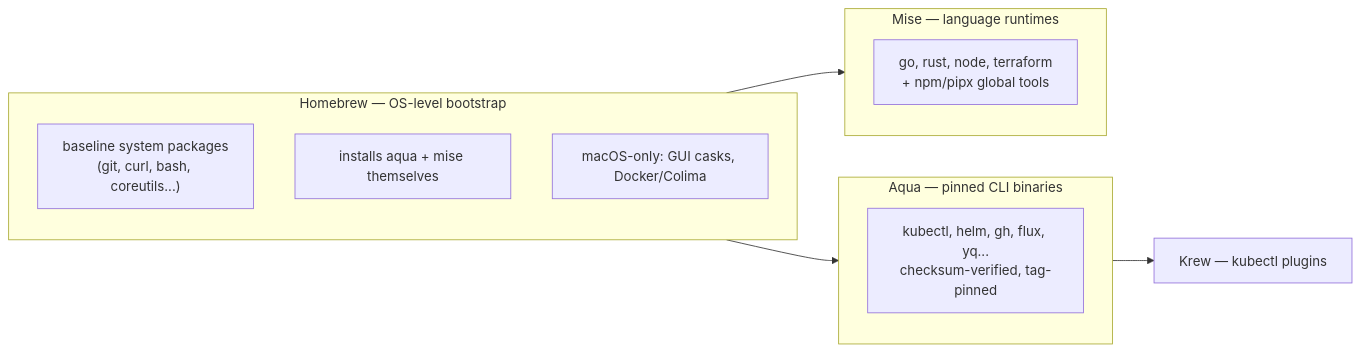
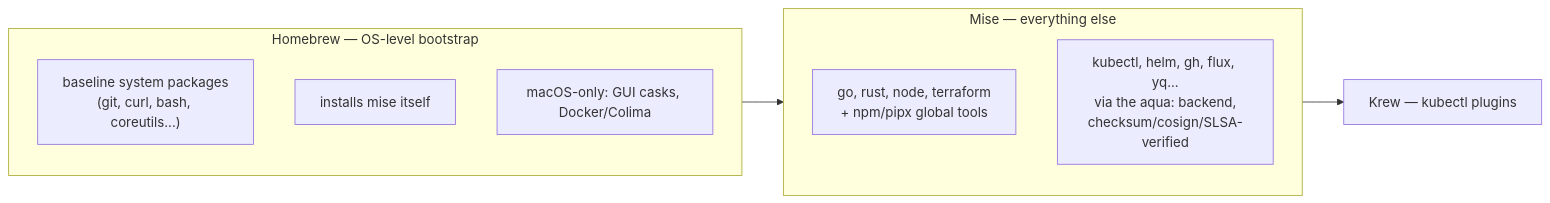
One commit to ppat/dotfiles changed the second of 3 diagrams in DESIGN.md. Above: the diagram before and after it, drawn with Mermaid. The commit also changed other lines of this file and 35 other files, not shown here.

First line of the commit message:
feat(dev-tools): retire aqua, consolidate CLI tool management into mise (#728)

````diff
--- a/DESIGN.md
+++ b/DESIGN.md
@@ -38,17 +38,14 @@
 ```mermaid
 flowchart LR
     subgraph Homebrew["Homebrew — OS-level bootstrap"]
         H1["baseline system packages\n(git, curl, bash, coreutils...)"]
-        H2["installs aqua + mise themselves"]
+        H2["installs mise itself"]
         H3["macOS-only: GUI casks, Docker/Colima"]
     end
-    subgraph Aqua["Aqua — pinned CLI binaries"]
-        A1["kubectl, helm, gh, flux, yq...\nchecksum-verified, tag-pinned"]
+    subgraph Mise["Mise — everything else"]
+        M1["go, rust, node, terraform\n+ npm/pipx global tools"]
+        M2["kubectl, helm, gh, flux, yq...\nvia the aqua: backend,\nchecksum/cosign/SLSA-verified"]
     end
-    subgraph Mise["Mise — language runtimes"]
-        M1["go, rust, node, terraform\n+ npm/pipx global tools"]
-    end
-    Homebrew --> Aqua
     Homebrew --> Mise
-    Aqua --> Krew["Krew — kubectl plugins"]
+    Mise --> Krew["Krew — kubectl plugins"]
 ```
````
